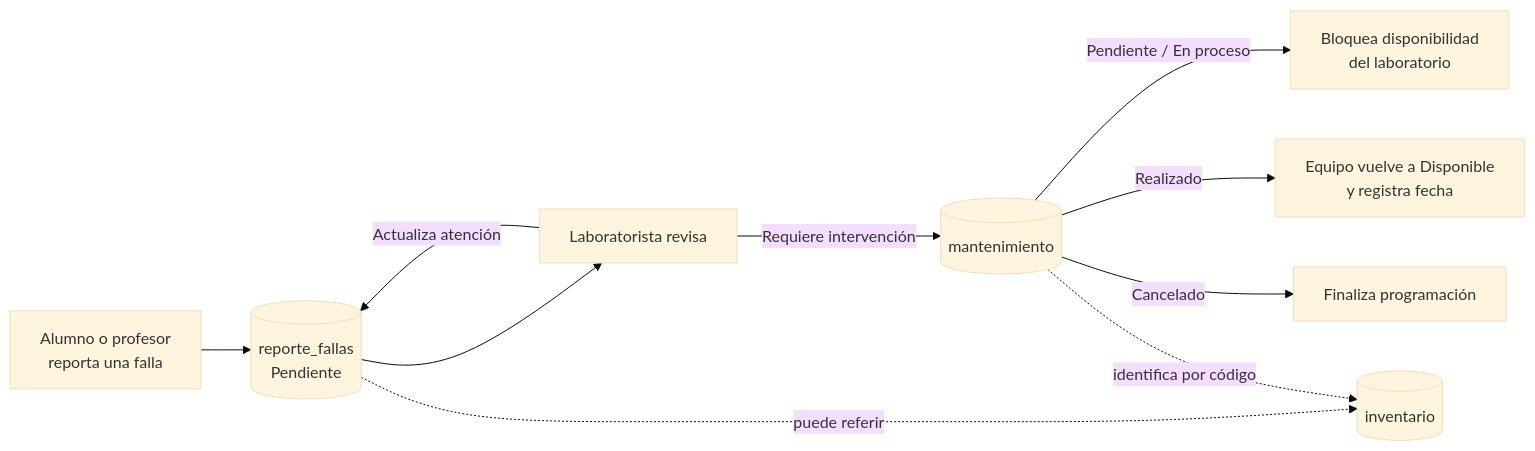
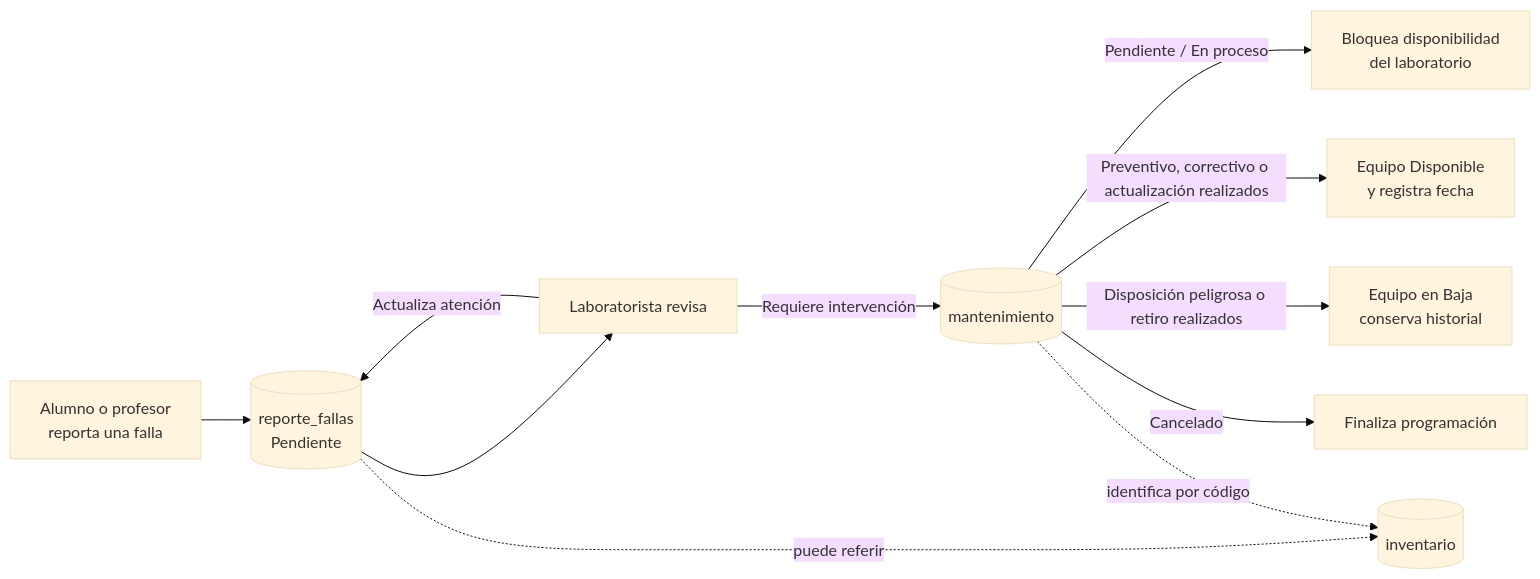
Before and after one commit to Ivangamo55/LabSync: the fourth of 6 diagrams in docs/ARQUITECTURA_Y_FLUJOS.md, drawn with Mermaid (base theme). The commit also changed other lines of this file and 108 other files, not shown here.

````diff
--- a/docs/ARQUITECTURA_Y_FLUJOS.md
+++ b/docs/ARQUITECTURA_Y_FLUJOS.md
@@ -121,12 +123,13 @@
 ```mermaid
 flowchart LR
     A[Alumno o profesor\nreporta una falla] --> RF[(reporte_fallas\nPendiente)]
     RF --> REV[Laboratorista revisa]
     REV -->|Requiere intervención| MT[(mantenimiento)]
     REV -->|Actualiza atención| RF
     MT -->|Pendiente / En proceso| BLOQ[Bloquea disponibilidad\ndel laboratorio]
-    MT -->|Realizado| DISP[Equipo vuelve a Disponible\ny registra fecha]
+    MT -->|Preventivo, correctivo o actualización realizados| DISP[Equipo Disponible\ny registra fecha]
+    MT -->|Disposición peligrosa o retiro realizados| BAJA[Equipo en Baja\nconserva historial]
     MT -->|Cancelado| FIN[Finaliza programación]
     RF -. puede referir .-> INV[(inventario)]
     MT -. identifica por código .-> INV
 ```
````
